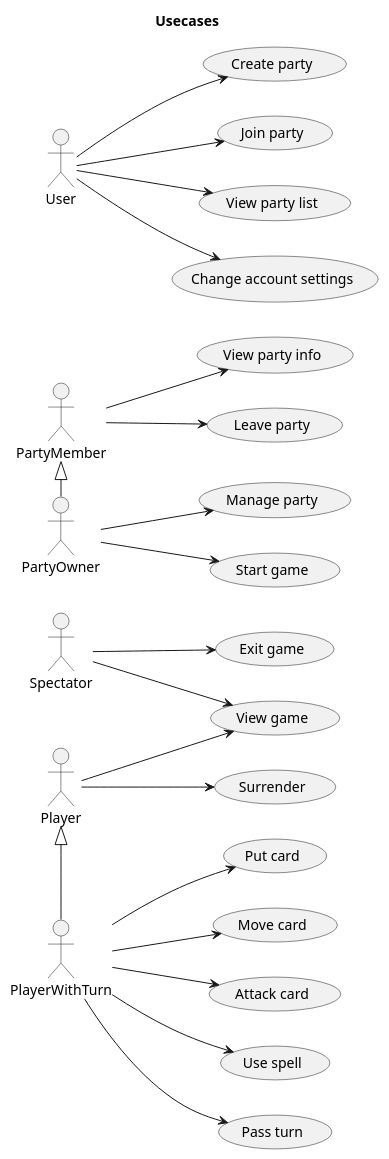
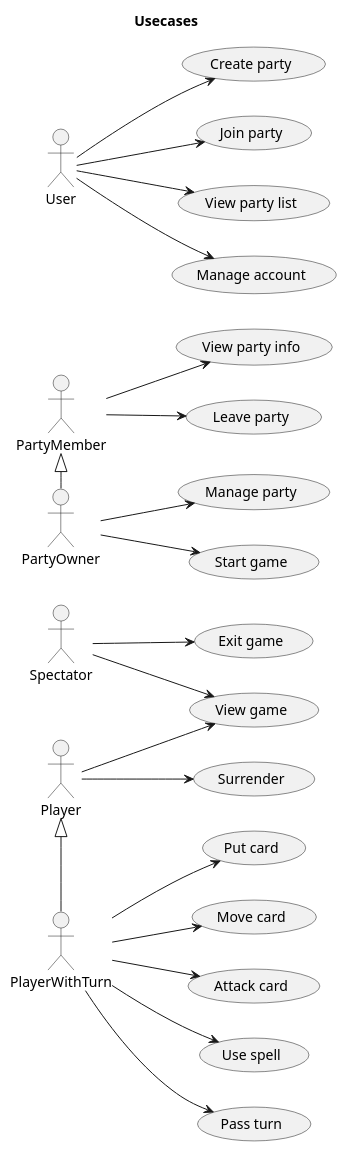
Before and after one commit to DainWs/Crazy-Random-Multiverse: the diagram in docs/development/diagrams/usecases.plantuml, drawn with PlantUML. The commit also changed 77 other files, not shown here.

```diff
--- a/docs/development/diagrams/usecases.plantuml
+++ b/docs/development/diagrams/usecases.plantuml
@@ -1,37 +1,37 @@
 @startuml 
 title "Usecases"
 left to right direction
 
 actor Spectator
 actor PlayerWithTurn
 actor Player 
 actor PartyOwner
 actor PartyMember
 actor User
 
 :Player: <|-r- :PlayerWithTurn:
 :PartyMember: <|-r- :PartyOwner:
 
 :User: --> (Create party)
 :User: --> (Join party)
 :User: --> (View party list)
-:User: --> (Change account settings)
+:User: --> (Manage account)
 
 :PartyMember: --> (View party info)
 :PartyMember: --> (Leave party)
 
 :PartyOwner: --> (Manage party)
 :PartyOwner: --> (Start game)
 
 :Spectator: --> (Exit game)
 :Spectator: --> (View game)
 
 :Player: --> (Surrender)
 :Player: --> (View game)
 
 :PlayerWithTurn: --> (Put card)
 :PlayerWithTurn: --> (Move card)
 :PlayerWithTurn: --> (Attack card)
 :PlayerWithTurn: --> (Use spell)
 :PlayerWithTurn: --> (Pass turn)
 @enduml 
```
